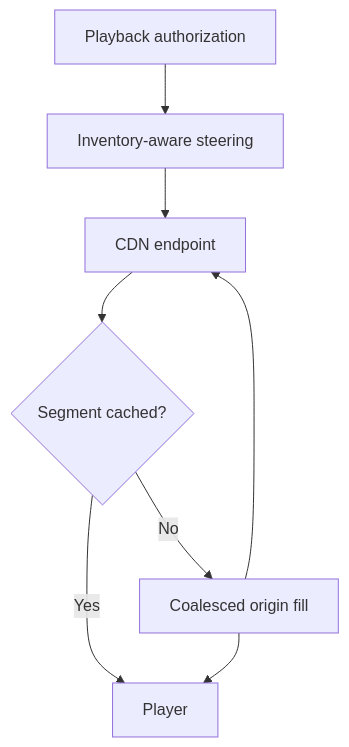
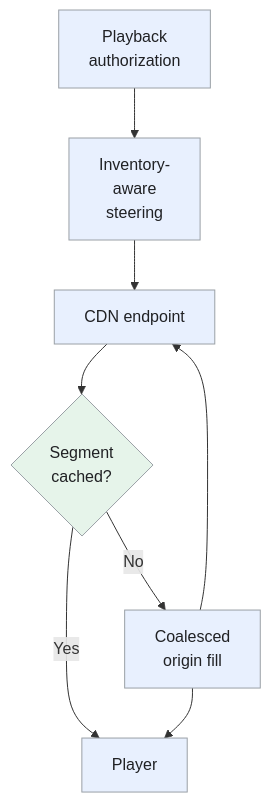
The fourth of 4 diagrams in _designs/system-design-netflix.md (iliazlobin/iliazlobin.github.io), drawn with Mermaid before and after one commit. The commit also changed other lines of this file and 131 other files, not shown here.

````diff
--- a/_designs/system-design-netflix.md
+++ b/_designs/system-design-netflix.md
@@ -188,10 +250,15 @@
 ```mermaid
 flowchart TB
-  P["Playback authorization"] --> S["Inventory-aware steering"]
+  P["Playback<br>authorization"] --> S["Inventory-<br>aware<br>steering"]
   S --> C["CDN endpoint"]
-  C --> H{"Segment cached?"}
+  C --> H{"Segment<br>cached?"}
   H -->|"Yes"| U["Player"]
-  H -->|"No"| F["Coalesced origin fill"]
+  H -->|"No"| F["Coalesced<br>origin fill"]
   F --> U
   F --> C
+  classDef request fill:#e8f0fe,stroke:#9aa0a6,color:#202124,stroke-width:1px
+  classDef background fill:#e6f4ea,stroke:#9aa0a6,color:#202124,stroke-width:1px
+  classDef control fill:#fef7e0,stroke:#9aa0a6,color:#202124,stroke-width:1px
+  class P,S,C,U,F request
+  class H background
 ```
````
